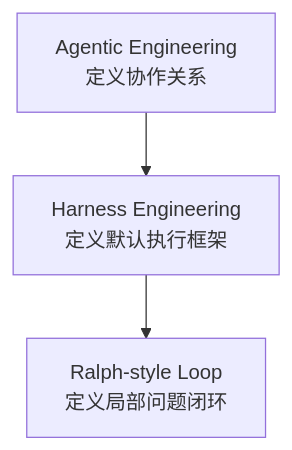
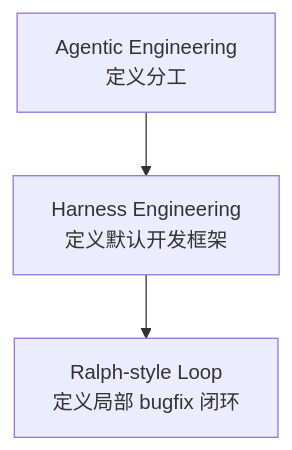
Before and after one commit to JNHFlow21/harness-first-agentic-development: the diagram in README.md, drawn with Mermaid. The commit also changed other lines of this file and 2 other files, not shown here.

````diff
--- a/README.md
+++ b/README.md
@@ -54,5 +94,5 @@
 ```mermaid
 flowchart TB
-    A["Agentic Engineering<br/>定义协作关系"] --> B["Harness Engineering<br/>定义默认执行框架"]
-    B --> C["Ralph-style Loop<br/>定义局部问题闭环"]
+    A["Agentic Engineering<br/>定义分工"] --> B["Harness Engineering<br/>定义默认开发框架"]
+    B --> C["Ralph-style Loop<br/>定义局部 bugfix 闭环"]
 ```
````
